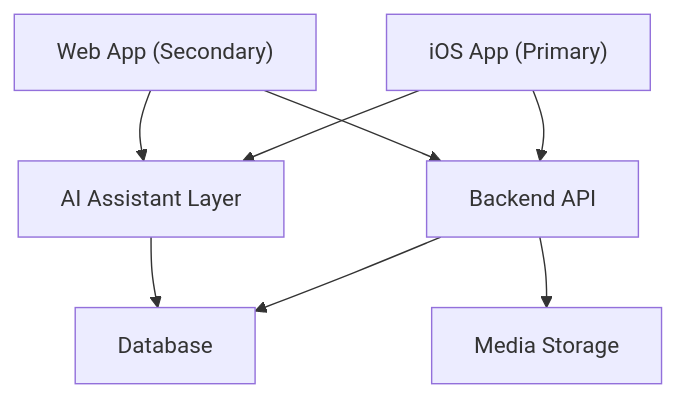
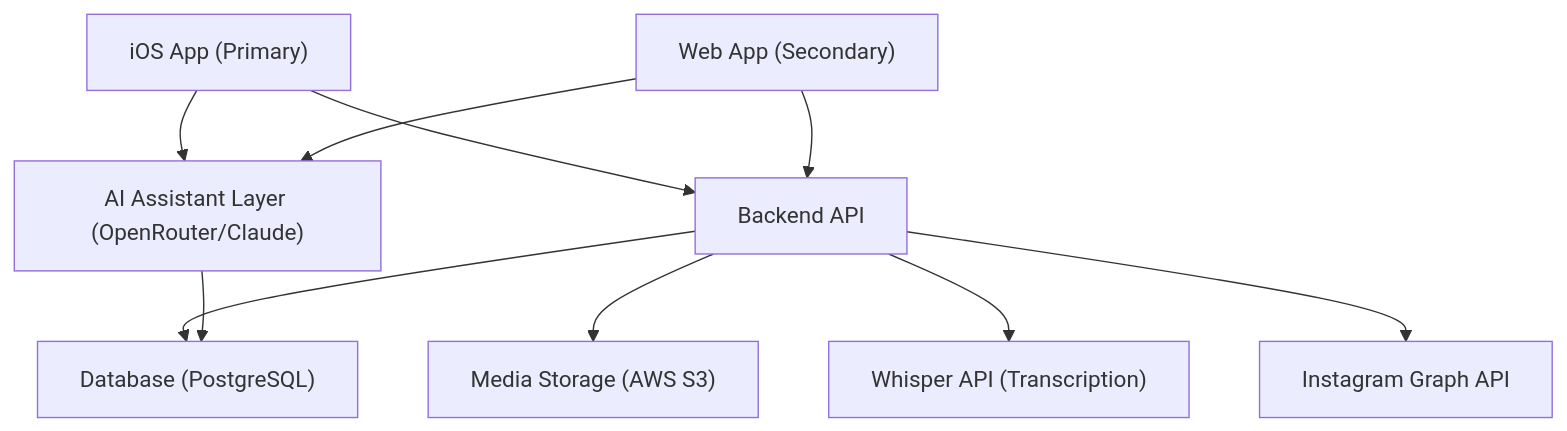
The diagram in ripem-brain/technical/architecture.md (spacecowboyian/ripem), drawn with Mermaid before and after one commit. The commit also changed other lines of this file and 13 other files, not shown here.

````diff
--- a/ripem-brain/technical/architecture.md
+++ b/ripem-brain/technical/architecture.md
@@ -9,17 +9,21 @@
 ```mermaid
 graph TD
     iOS["iOS App (Primary)"]
     Web["Web App (Secondary)"]
     API["Backend API"]
-    AI["AI Assistant Layer"]
-    DB["Database"]
-    Storage["Media Storage"]
+    AI["AI Assistant Layer (OpenRouter/Claude)"]
+    DB["Database (PostgreSQL)"]
+    Storage["Media Storage (AWS S3)"]
+    Whisper["Whisper API (Transcription)"]
+    IG["Instagram Graph API"]
 
     iOS --> API
     iOS --> AI
     Web --> API
     Web --> AI
     API --> DB
     API --> Storage
+    API --> Whisper
+    API --> IG
     AI --> DB
 ```
````
